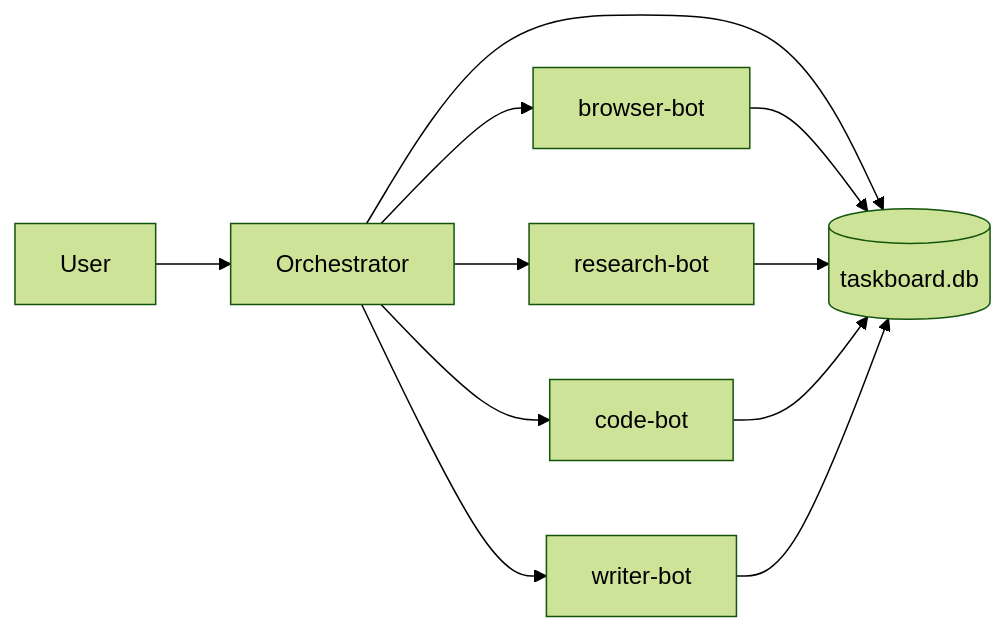
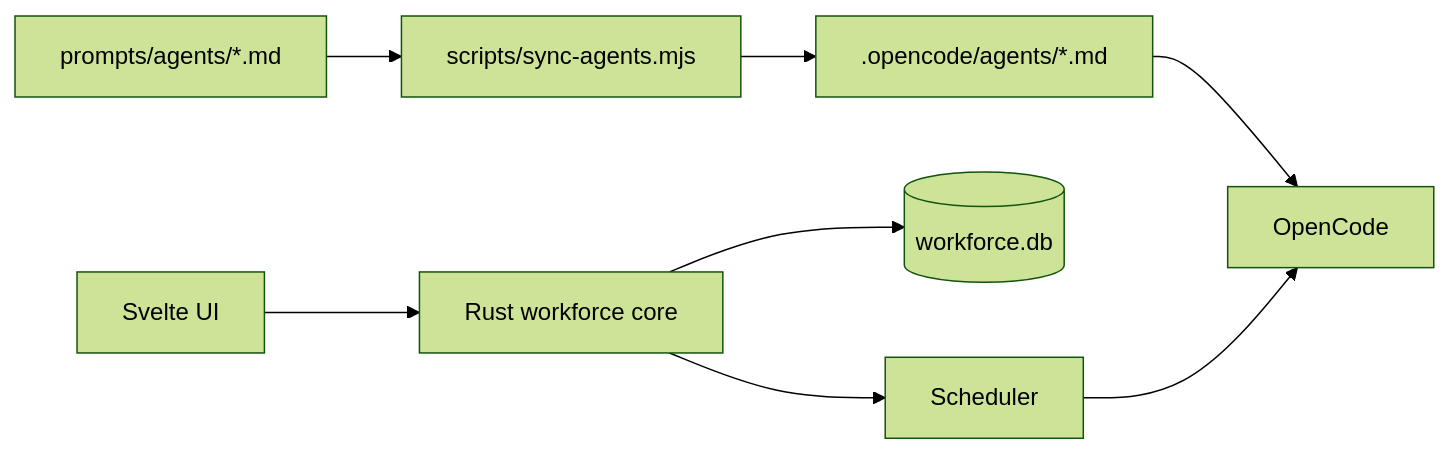
One commit to yogimait/Pets changed the diagram in docs/Bot-Workspace.md. Above: the diagram before and after it, drawn with Mermaid (forest theme). The commit also changed other lines of this file and 55 other files, not shown here.

````diff
--- a/docs/Bot-Workspace.md
+++ b/docs/Bot-Workspace.md
@@ -30,13 +36,10 @@
 ```mermaid
 flowchart LR
-  User --> Orchestrator
-  Orchestrator --> Board[(taskboard.db)]
-  Orchestrator --> Browser[browser-bot]
-  Orchestrator --> Research[research-bot]
-  Orchestrator --> Code[code-bot]
-  Orchestrator --> Writer[writer-bot]
-  Browser --> Board
-  Research --> Board
-  Code --> Board
-  Writer --> Board
+  Prompt[prompts/agents/*.md] --> Sync[scripts/sync-agents.mjs]
+  Sync --> Agents[.opencode/agents/*.md]
+  Agents --> OC[OpenCode]
+  App[Svelte UI] --> Rust[Rust workforce core]
+  Rust --> DB[(workforce.db)]
+  Rust --> Scheduler[Scheduler]
+  Scheduler --> OC
 ```
````
